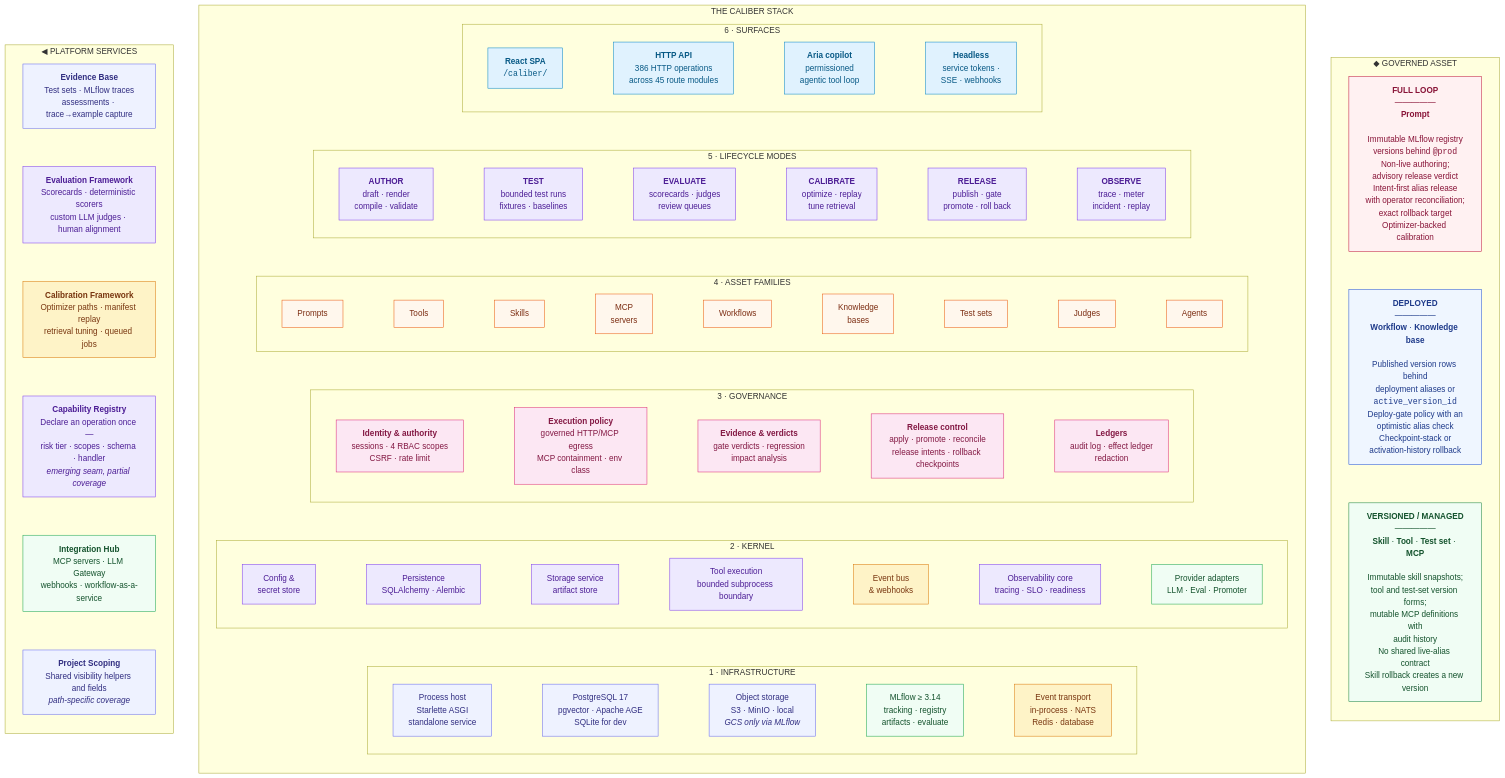
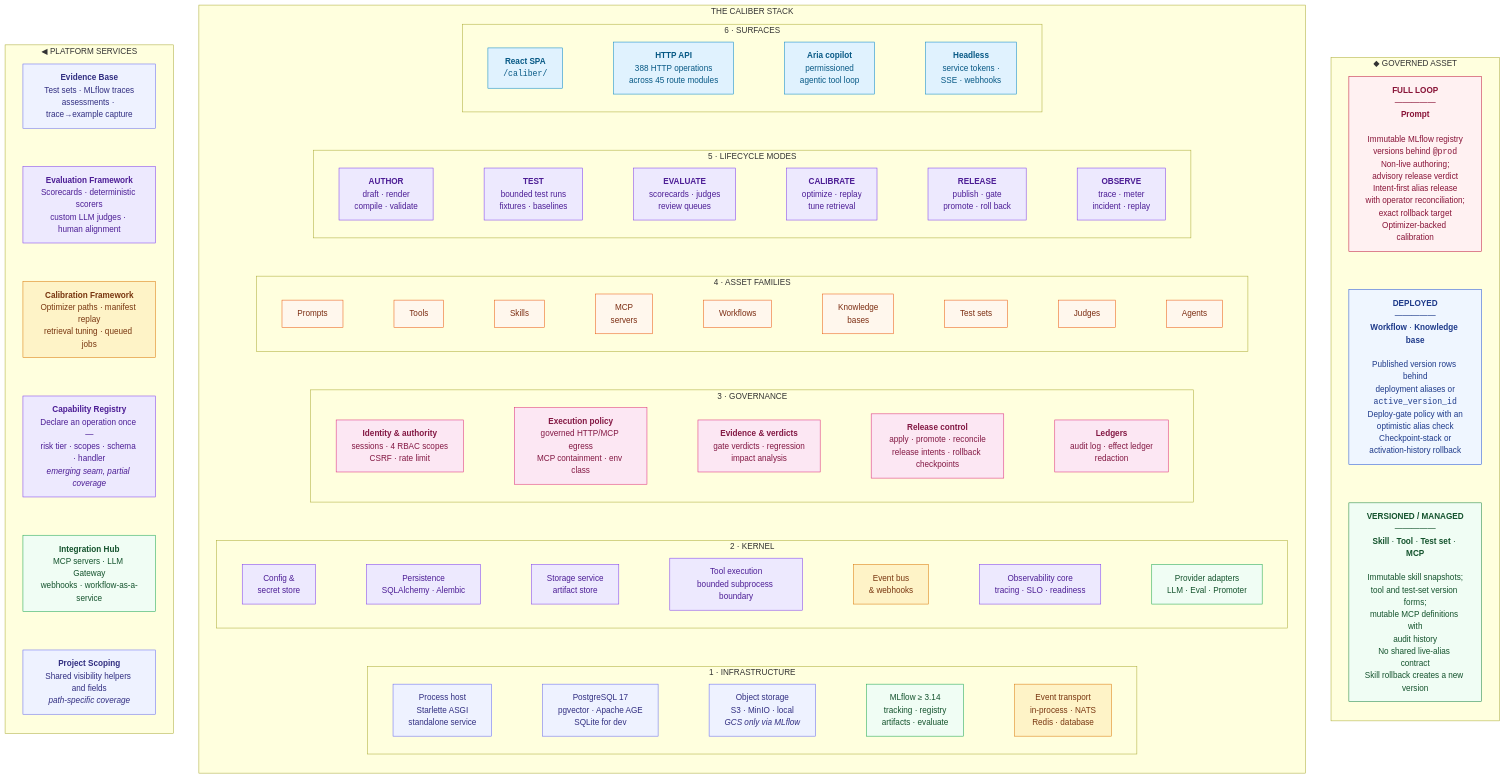
Before and after one commit to rrahimi-uci/caliber-suite: the first of 8 diagrams in ARCHITECTURE.md, drawn with Mermaid. The commit also changed 55 other files, not shown here.

```diff
--- a/ARCHITECTURE.md
+++ b/ARCHITECTURE.md
@@ -105,7 +105,7 @@
     subgraph L6["6 · SURFACES"]
       direction LR
       s1["<b>React SPA</b><br/><code>/caliber/</code>"]:::ui
-      s2["<b>HTTP API</b><br/>386 HTTP operations<br/>across 45 route modules"]:::ui
+      s2["<b>HTTP API</b><br/>388 HTTP operations<br/>across 45 route modules"]:::ui
       s3["<b>Aria copilot</b><br/>permissioned<br/>agentic tool loop"]:::ui
       s4["<b>Headless</b><br/>service tokens ·<br/>SSE · webhooks"]:::ui
       s1 --- s2 --- s3 --- s4
```
